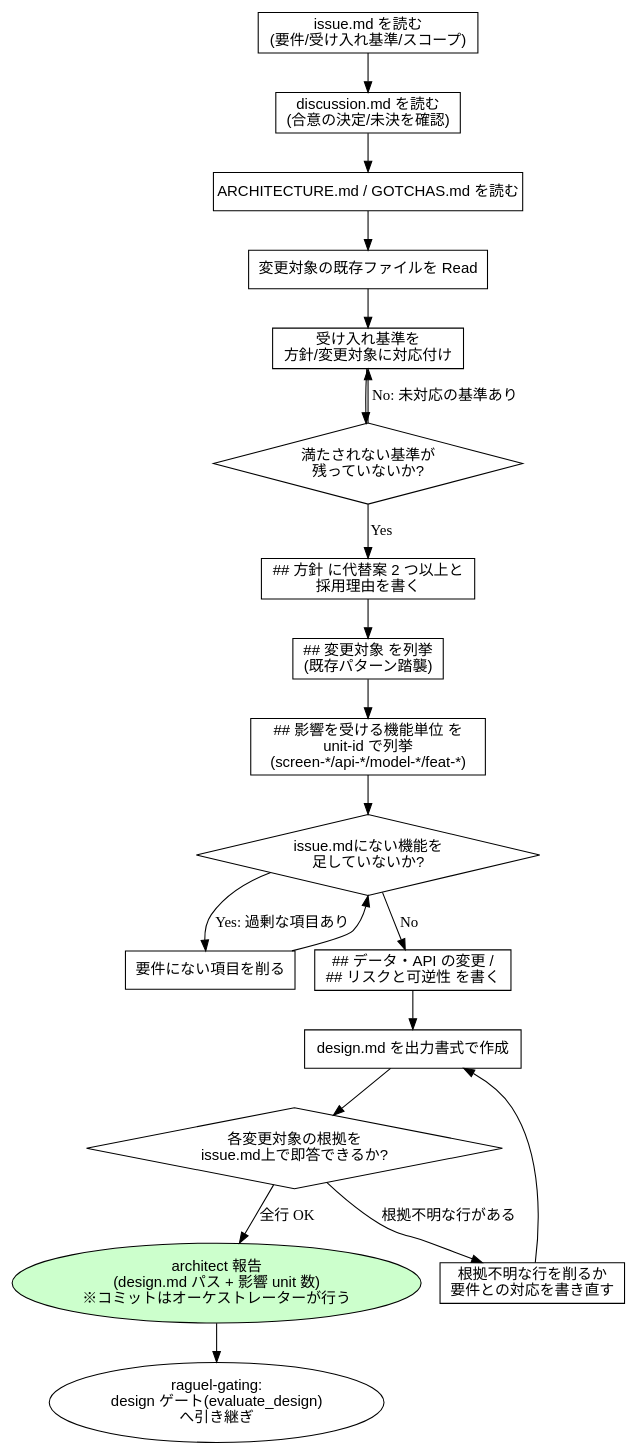
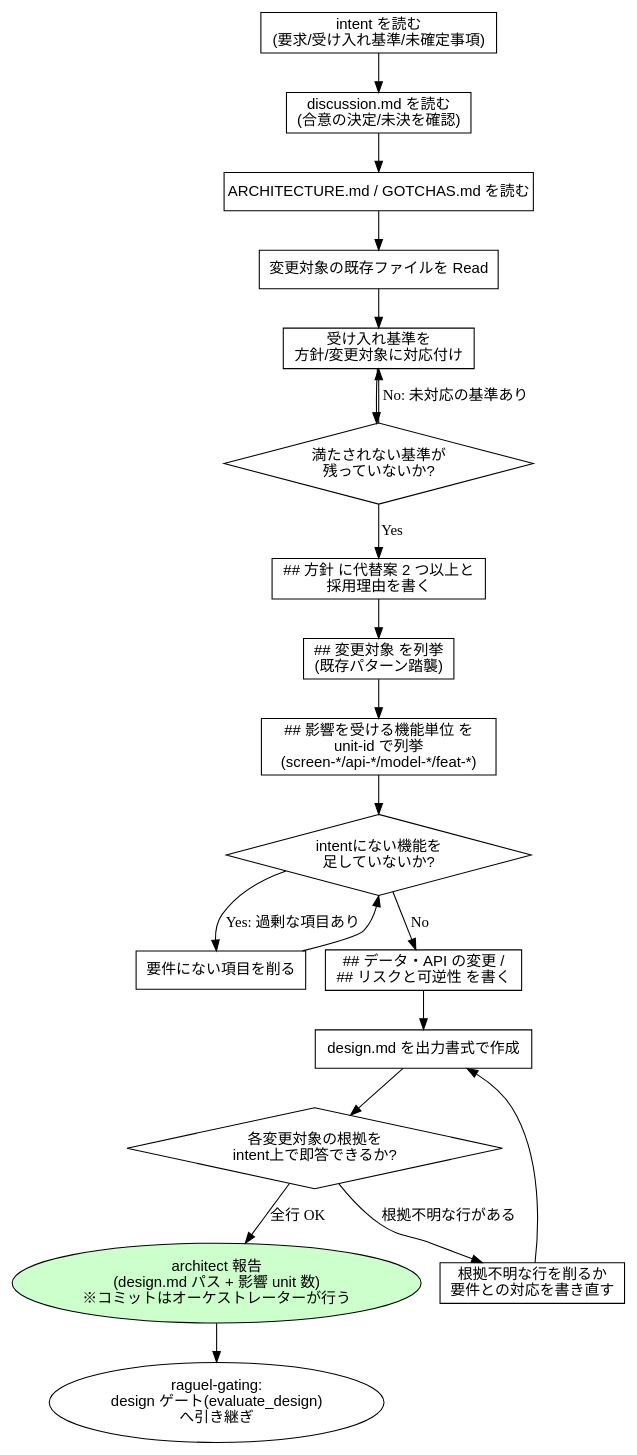
One commit to Amatsuka-kobo/amatsuka-claude-plugins changed the third of 15 diagrams in plugins/codiel/docs/skill-flowcharts.md. Above: the diagram before and after it, drawn with Graphviz. The commit also changed other lines of this file and 15 other files, not shown here.

````diff
--- a/plugins/codiel/docs/skill-flowcharts.md
+++ b/plugins/codiel/docs/skill-flowcharts.md
@@ -103,37 +66,37 @@
 ```dot
 digraph writing_design_docs {
   rankdir=TB;
   node [fontname="sans-serif"];
 
-  read_issue [label="issue.md を読む\n(要件/受け入れ基準/スコープ)", shape=box];
+  read_issue [label="intent を読む\n(要求/受け入れ基準/未確定事項)", shape=box];
   read_discussion [label="discussion.md を読む\n(合意の決定/未決を確認)", shape=box];
   read_docs [label="ARCHITECTURE.md / GOTCHAS.md を読む", shape=box];
   read_existing [label="変更対象の既存ファイルを Read", shape=box];
   map_criteria [label="受け入れ基準を\n方針/変更対象に対応付け", shape=box];
   check_criteria [label="満たされない基準が\n残っていないか?", shape=diamond];
   alternatives [label="## 方針 に代替案 2 つ以上と\n採用理由を書く", shape=box];
   targets [label="## 変更対象 を列挙\n(既存パターン踏襲)", shape=box];
   units [label="## 影響を受ける機能単位 を\nunit-id で列挙\n(screen-*/api-*/model-*/feat-*)", shape=box];
-  yagni [label="issue.mdにない機能を\n足していないか?", shape=diamond];
+  yagni [label="intentにない機能を\n足していないか?", shape=diamond];
   trim [label="要件にない項目を削る", shape=box];
   risk [label="## データ・API の変更 /\n## リスクと可逆性 を書く", shape=box];
   write [label="design.md を出力書式で作成", shape=box];
-  selfcheck [label="各変更対象の根拠を\nissue.md上で即答できるか?", shape=diamond];
+  selfcheck [label="各変更対象の根拠を\nintent上で即答できるか?", shape=diamond];
   demote [label="根拠不明な行を削るか\n要件との対応を書き直す", shape=box];
   done [label="architect 報告\n(design.md パス + 影響 unit 数)\n※コミットはオーケストレーターが行う", shape=ellipse, style=filled, fillcolor="#ccffcc"];
   gate [label="raguel-gating:\ndesign ゲート(evaluate_design)\nへ引き継ぎ", shape=ellipse];
 
   read_issue -> read_discussion -> read_docs -> read_existing -> map_criteria -> check_criteria;
   check_criteria -> map_criteria [label="No: 未対応の基準あり"];
   check_criteria -> alternatives [label="Yes"];
   alternatives -> targets -> units -> yagni;
   yagni -> trim [label="Yes: 過剰な項目あり"];
   trim -> yagni;
   yagni -> risk [label="No"];
   risk -> write -> selfcheck;
   selfcheck -> demote [label="根拠不明な行がある"];
   demote -> write;
   selfcheck -> done [label="全行 OK"];
   done -> gate;
 }
 ```
````
